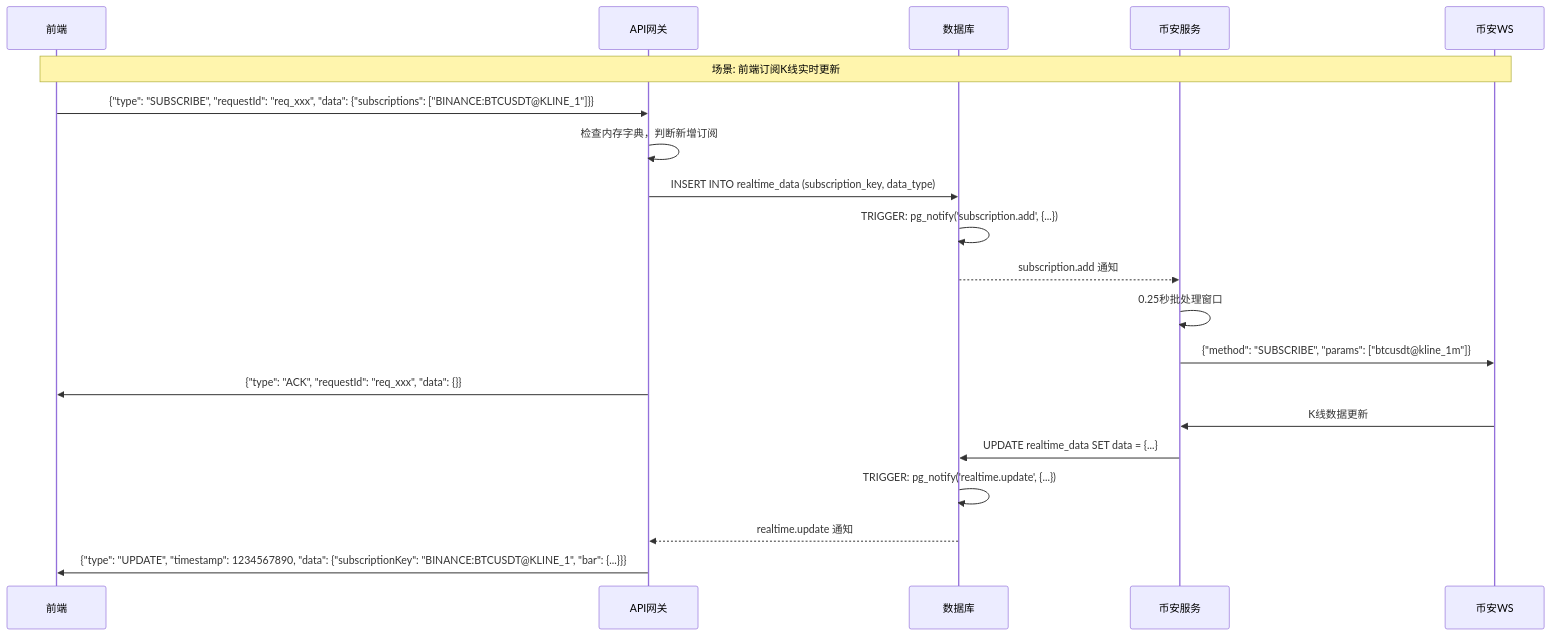
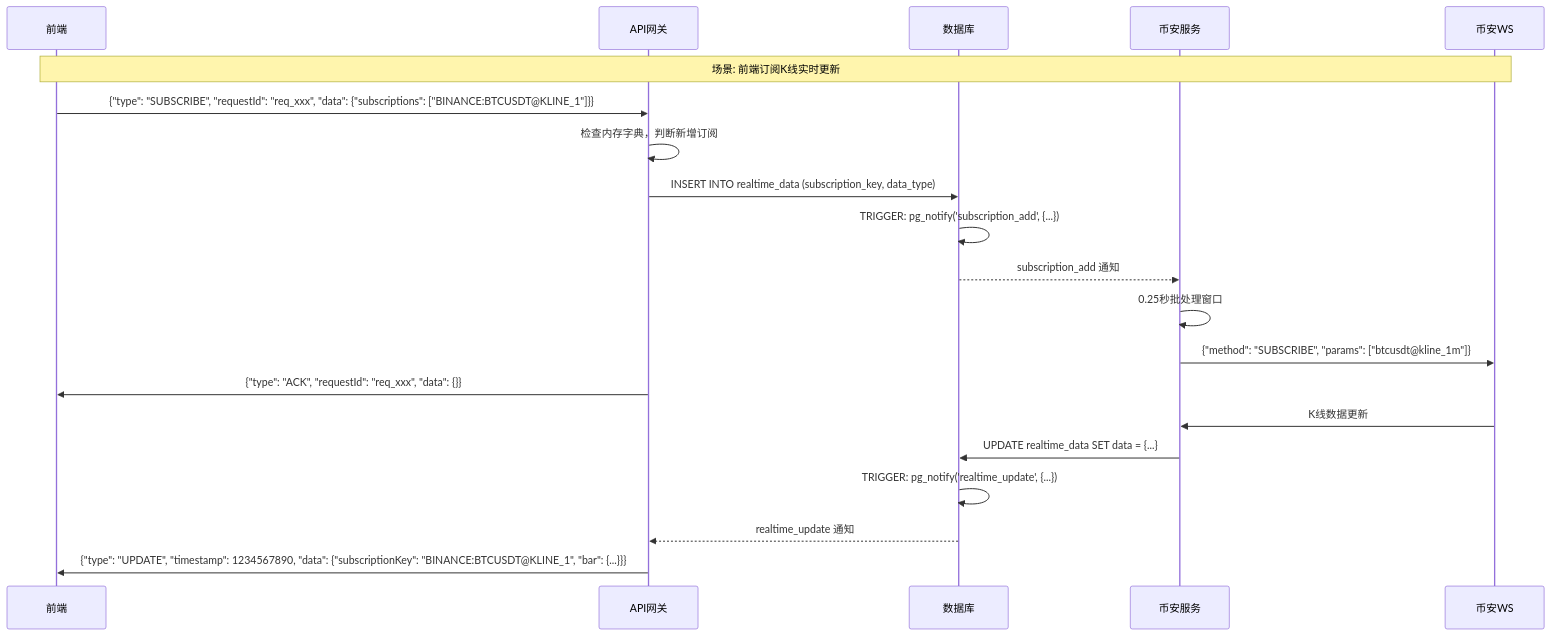
One commit to mj2154/quant-trading-system-2602 changed the fourth of 10 diagrams in docs/backend/design/02-dataflow.md. Above: the diagram before and after it, drawn with Mermaid. The commit also changed other lines of this file and 32 other files, not shown here.

````diff
--- a/docs/backend/design/02-dataflow.md
+++ b/docs/backend/design/02-dataflow.md
@@ -162,30 +162,30 @@
 ```mermaid
 sequenceDiagram
     participant Front as 前端
     participant GW as API网关
     participant DB as 数据库
     participant BN as 币安服务
     participant BWS as 币安WS
 
     Note over Front, BWS: 场景: 前端订阅K线实时更新
 
     %% 订阅阶段
     Front->>GW: {"type": "SUBSCRIBE", "requestId": "req_xxx", "data": {"subscriptions": ["BINANCE:BTCUSDT@KLINE_1"]}}
     GW->>GW: 检查内存字典，判断新增订阅
     GW->>DB: INSERT INTO realtime_data (subscription_key, data_type)
-    DB->>DB: TRIGGER: pg_notify('subscription.add', {...})
+    DB->>DB: TRIGGER: pg_notify('subscription_add', {...})
 
-    DB-->>BN: subscription.add 通知
+    DB-->>BN: subscription_add 通知
     BN->>BN: 0.25秒批处理窗口
     BN->>BWS: {"method": "SUBSCRIBE", "params": ["btcusdt@kline_1m"]}
 
     GW->>Front: {"type": "ACK", "requestId": "req_xxx", "data": {}}
 
     %% 数据推送阶段
     BWS->>BN: K线数据更新
     BN->>DB: UPDATE realtime_data SET data = {...}
-    DB->>DB: TRIGGER: pg_notify('realtime.update', {...})
+    DB->>DB: TRIGGER: pg_notify('realtime_update', {...})
 
-    DB-->>GW: realtime.update 通知
+    DB-->>GW: realtime_update 通知
     GW->>Front: {"type": "UPDATE", "timestamp": 1234567890, "data": {"subscriptionKey": "BINANCE:BTCUSDT@KLINE_1", "bar": {...}}}
 ```
````
